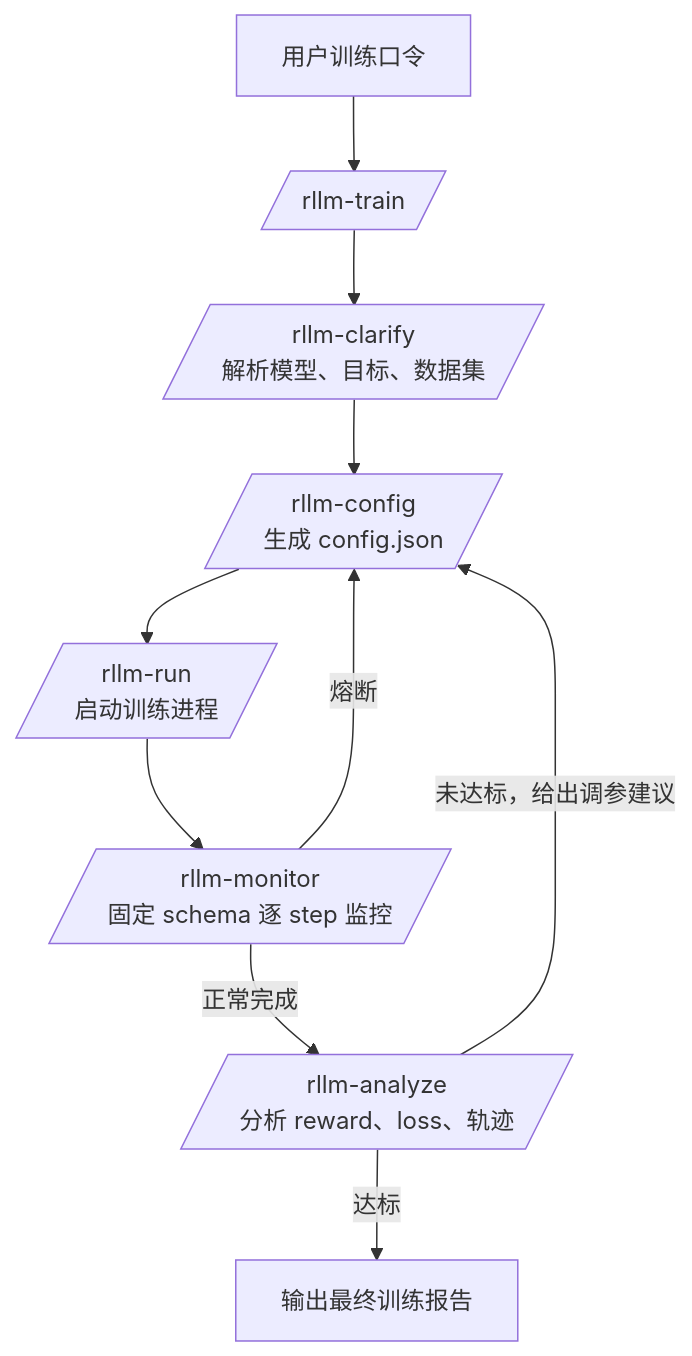
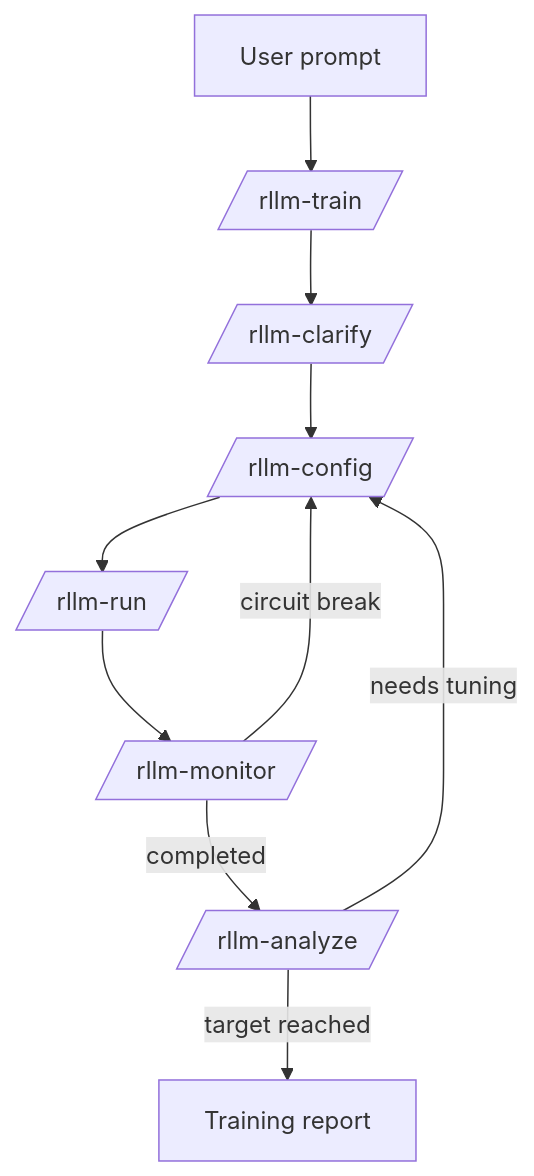
One commit to Codekiing/Agent4AgenticRL-Skill changed the first of 3 diagrams in README.md. Above: the diagram before and after it, drawn with Mermaid. The commit also changed other lines of this file, not shown here.

````diff
--- a/README.md
+++ b/README.md
@@ -128,12 +72,12 @@
 ```mermaid
 flowchart TD
-    U[用户训练口令] --> T[/rllm-train/]
-    T --> C1[/rllm-clarify\n解析模型、目标、数据集/]
-    C1 --> C2[/rllm-config\n生成 config.json/]
-    C2 --> R[/rllm-run\n启动训练进程/]
-    R --> M[/rllm-monitor\n固定 schema 逐 step 监控/]
-    M -->|正常完成| A[/rllm-analyze\n分析 reward、loss、轨迹/]
-    M -->|熔断| C2
-    A -->|未达标，给出调参建议| C2
-    A -->|达标| Done[输出最终训练报告]
+    User[User prompt] --> Train[/rllm-train/]
+    Train --> Clarify[/rllm-clarify/]
+    Clarify --> Config[/rllm-config/]
+    Config --> Run[/rllm-run/]
+    Run --> Monitor[/rllm-monitor/]
+    Monitor -->|completed| Analyze[/rllm-analyze/]
+    Monitor -->|circuit break| Config
+    Analyze -->|needs tuning| Config
+    Analyze -->|target reached| Done[Training report]
 ```
````
